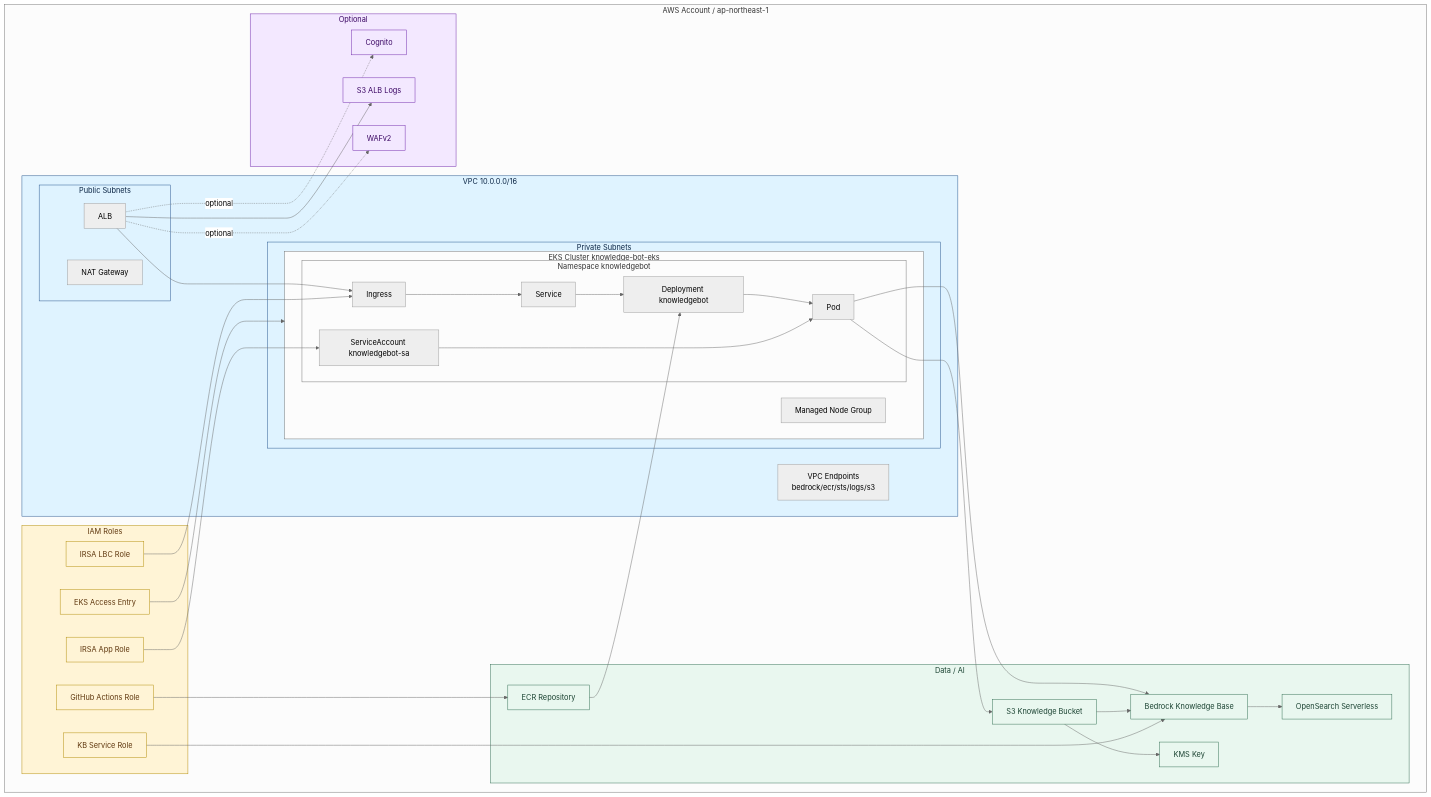
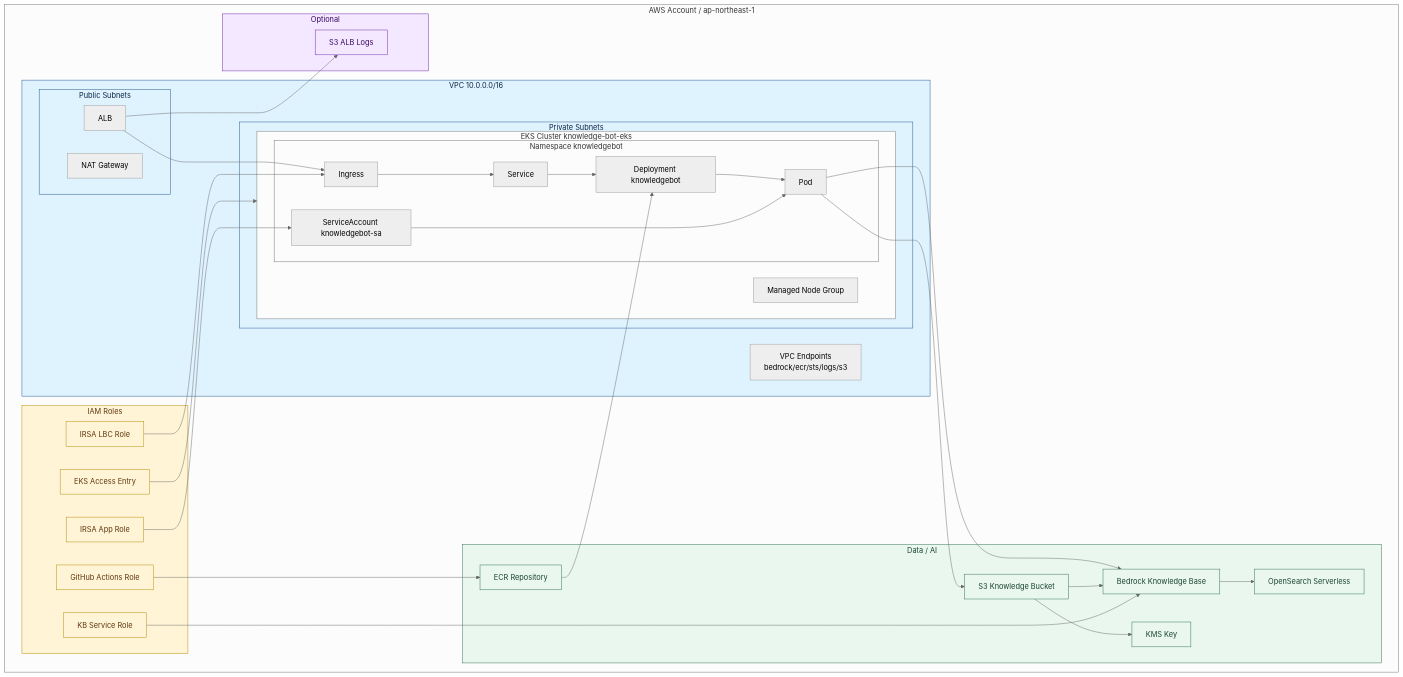
The fifth of 7 diagrams in knowledge-bot/README.md (tk-21/terraform-lab), drawn with Mermaid (neutral theme) before and after one commit. The commit also changed other lines of this file and 7 other files, not shown here.

````diff
--- a/knowledge-bot/README.md
+++ b/knowledge-bot/README.md
@@ -131,73 +131,69 @@
 ```mermaid
 flowchart TB
   subgraph AWS["AWS Account / ap-northeast-1"]
     subgraph VPC["VPC 10.0.0.0/16"]
       subgraph Public["Public Subnets"]
         ALB[ALB]
         NAT[NAT Gateway]
       end
       subgraph Private["Private Subnets"]
         subgraph EKS["EKS Cluster knowledge-bot-eks"]
           Nodes[Managed Node Group]
           subgraph NS["Namespace knowledgebot"]
             Ingress[Ingress]
             Service[Service]
             Deploy[Deployment knowledgebot]
             Pod[Pod]
             SA[ServiceAccount knowledgebot-sa]
           end
         end
       end
       VPCE[VPC Endpoints<br/>bedrock/ecr/sts/logs/s3]
     end
 
     subgraph DataAI["Data / AI"]
       S3KB[S3 Knowledge Bucket]
       KMS[KMS Key]
       KB[Bedrock Knowledge Base]
       AOSS[OpenSearch Serverless]
       ECR[ECR Repository]
     end
 
     subgraph IAM["IAM Roles"]
       IRSAApp[IRSA App Role]
       IRSALbc[IRSA LBC Role]
       KBRole[KB Service Role]
       GHARole[GitHub Actions Role]
       EKSAccess[EKS Access Entry]
     end
 
     subgraph Optional["Optional"]
-      Cognito[Cognito]
-      WAF[WAFv2]
       ALBLogs[S3 ALB Logs]
     end
   end
 
   ALB --> Ingress --> Service --> Deploy --> Pod
   SA --> Pod
   Pod --> KB
   Pod --> S3KB
   S3KB --> KB
   KB --> AOSS
   S3KB --> KMS
   GHARole --> ECR
   ECR --> Deploy
   IRSAApp --> SA
   KBRole --> KB
   IRSALbc --> Ingress
   EKSAccess --> EKS
   ALB --> ALBLogs
-  ALB -. optional .-> Cognito
-  ALB -. optional .-> WAF
 
   class VPC,Public,Private net
   class DataAI,S3KB,KMS,KB,AOSS,ECR data
   class IAM,IRSAApp,IRSALbc,KBRole,GHARole,EKSAccess iam
-  class Optional,Cognito,WAF,ALBLogs optional
+  class Optional,ALBLogs optional
 
   classDef net fill:#dff3ff,stroke:#1d4e89,stroke-width:1px,color:#0b2545
   classDef data fill:#e9f7ef,stroke:#2d6a4f,stroke-width:1px,color:#1b4332
   classDef iam fill:#fff4d6,stroke:#b08900,stroke-width:1px,color:#5f370e
   classDef optional fill:#f3e8ff,stroke:#6b21a8,stroke-width:1px,color:#3b0764
 ```
````
